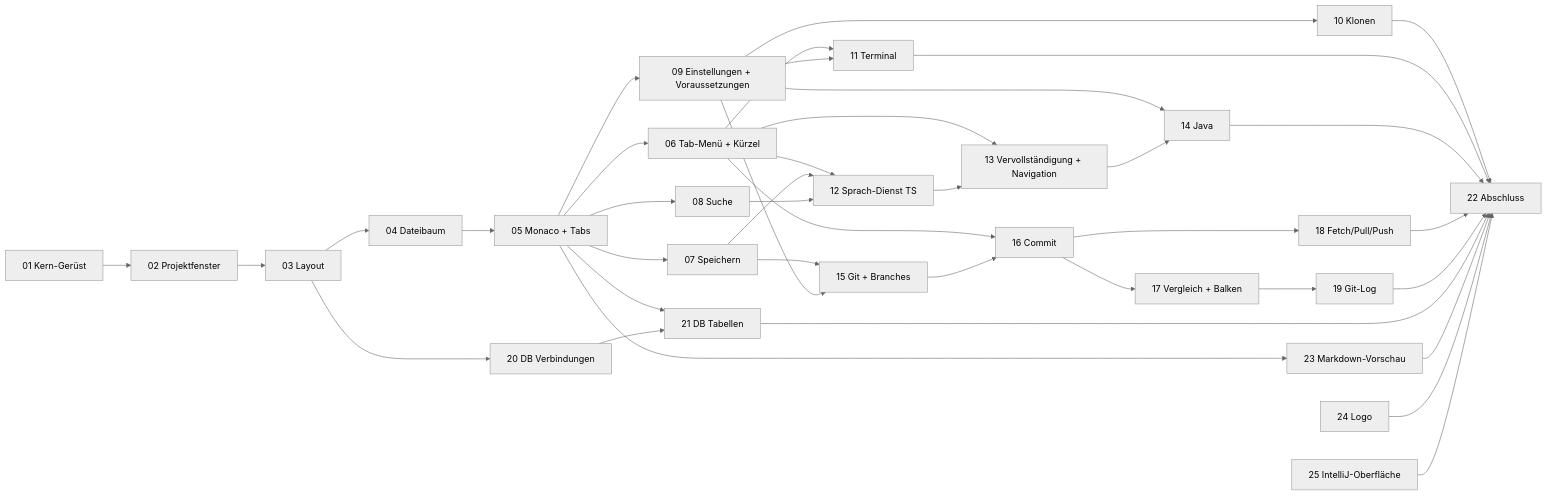
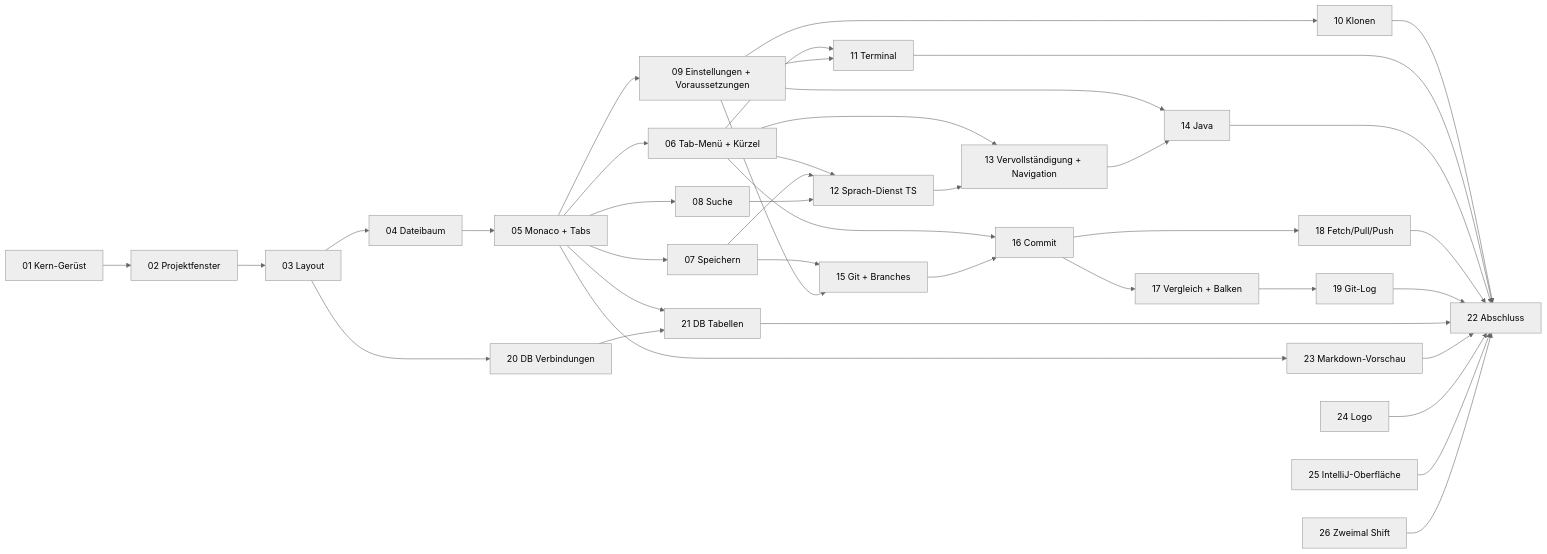
Before and after one commit to BonomoAlessandro/codium: the diagram in docs/tickets/README.md, drawn with Mermaid (neutral theme). The commit also changed other lines of this file and 1 other file, not shown here.

First line of the commit message:
Ticket 26: Zweimal Shift öffnet die Dateisuche

````diff
--- a/docs/tickets/README.md
+++ b/docs/tickets/README.md
@@ -97,41 +98,42 @@
 ```mermaid
 flowchart LR
   T01[01 Kern-Gerüst] --> T02[02 Projektfenster]
   T02 --> T03[03 Layout]
   T03 --> T04[04 Dateibaum]
   T04 --> T05[05 Monaco + Tabs]
   T05 --> T06[06 Tab-Menü + Kürzel]
   T05 --> T07[07 Speichern]
   T05 --> T08[08 Suche]
   T05 --> T09[09 Einstellungen + Voraussetzungen]
   T09 --> T10[10 Klonen]
   T06 --> T11[11 Terminal]
   T09 --> T11
   T06 --> T12[12 Sprach-Dienst TS]
   T07 --> T12
   T08 --> T12
   T06 --> T13[13 Vervollständigung + Navigation]
   T12 --> T13
   T09 --> T14[14 Java]
   T13 --> T14
   T07 --> T15[15 Git + Branches]
   T09 --> T15
   T06 --> T16[16 Commit]
   T15 --> T16
   T16 --> T17[17 Vergleich + Balken]
   T16 --> T18[18 Fetch/Pull/Push]
   T17 --> T19[19 Git-Log]
   T03 --> T20[20 DB Verbindungen]
   T05 --> T21[21 DB Tabellen]
   T20 --> T21
   T10 --> T22[22 Abschluss]
   T11 --> T22
   T14 --> T22
   T18 --> T22
   T19 --> T22
   T21 --> T22
   T05 --> T23[23 Markdown-Vorschau]
   T23 --> T22
   T24[24 Logo] --> T22
   T25[25 IntelliJ-Oberfläche] --> T22
+  T26[26 Zweimal Shift] --> T22
 ```
````
